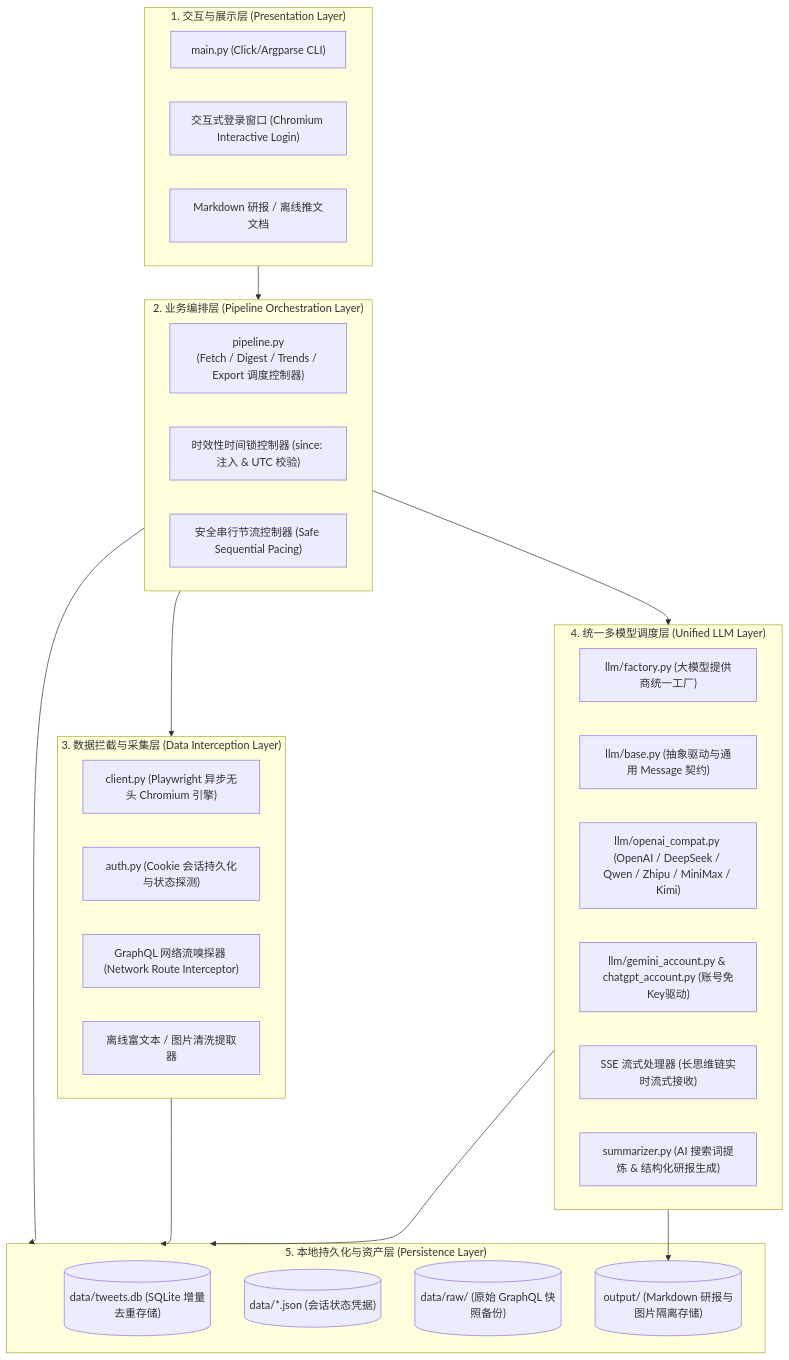
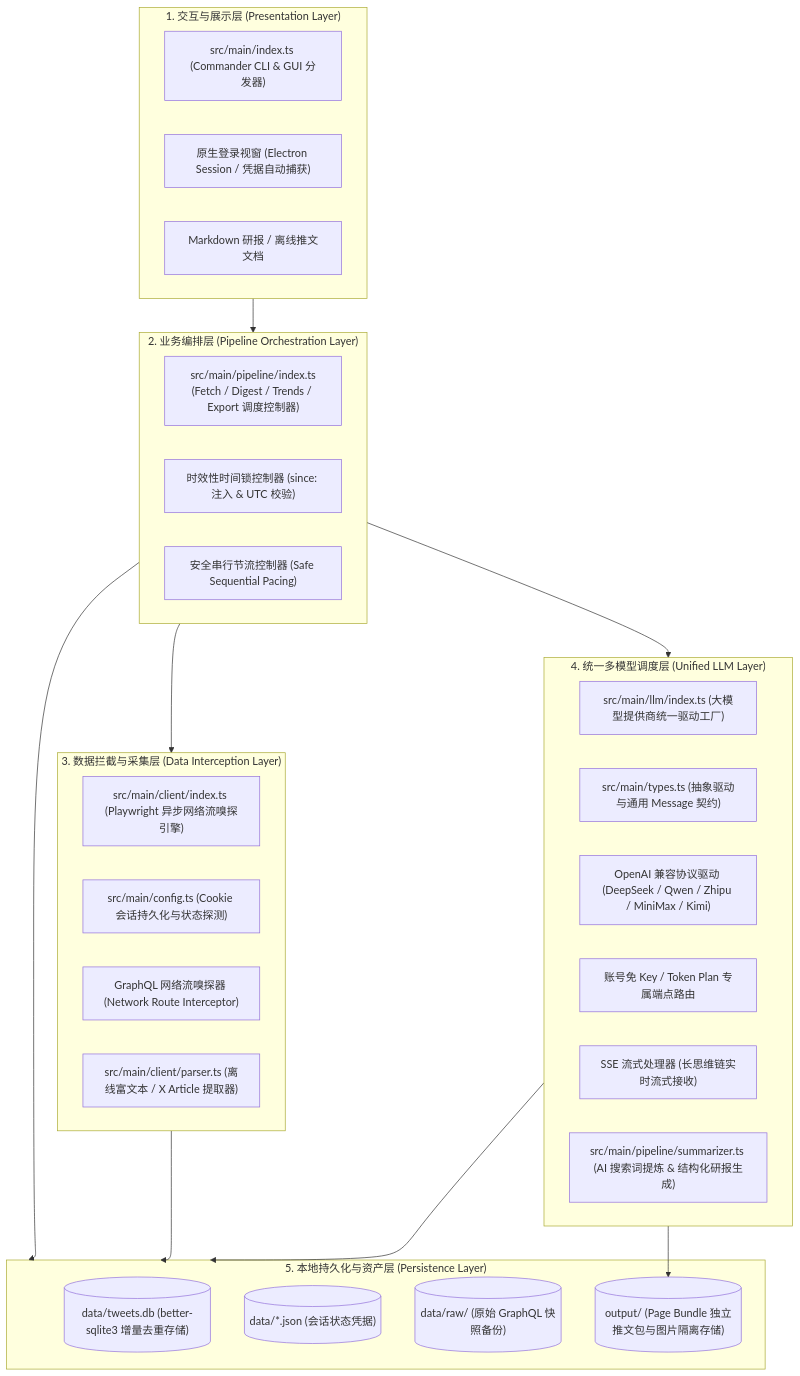
The first of 3 diagrams in docs/architecture.md (monkeychen/xtract), drawn with Mermaid before and after one commit. The commit also changed other lines of this file and 9 other files, not shown here.

Commit message:
docs: purge all python references and standardize documentation on typescript/node architecture

````diff
--- a/docs/architecture.md
+++ b/docs/architecture.md
@@ -33,45 +33,45 @@
 ```mermaid
 flowchart TD
     subgraph UI ["1. 交互与展示层 (Presentation Layer)"]
-        CLI["main.py (Click/Argparse CLI)"]
-        AUTH_UI["交互式登录窗口 (Chromium Interactive Login)"]
+        CLI["src/main/index.ts (Commander CLI & GUI 分发器)"]
+        AUTH_UI["原生登录视窗 (Electron Session / 凭据自动捕获)"]
         MD_VIEW["Markdown 研报 / 离线推文文档"]
     end
 
     subgraph ORCH ["2. 业务编排层 (Pipeline Orchestration Layer)"]
-        CORE_PIPE["pipeline.py\n(Fetch / Digest / Trends / Export 调度控制器)"]
+        CORE_PIPE["src/main/pipeline/index.ts\n(Fetch / Digest / Trends / Export 调度控制器)"]
         FRESH_LOCK["时效性时间锁控制器 (since: 注入 & UTC 校验)"]
         SERIAL_CTRL["安全串行节流控制器 (Safe Sequential Pacing)"]
     end
 
     subgraph CRAWL ["3. 数据拦截与采集层 (Data Interception Layer)"]
-        PLAYWRIGHT["client.py (Playwright 异步无头 Chromium 引擎)"]
-        AUTH_MGR["auth.py (Cookie 会话持久化与状态探测)"]
+        PLAYWRIGHT["src/main/client/index.ts (Playwright 异步网络流嗅探引擎)"]
+        AUTH_MGR["src/main/config.ts (Cookie 会话持久化与状态探测)"]
         ROUTE_FILTER["GraphQL 网络流嗅探器 (Network Route Interceptor)"]
-        HTML_PARSER["离线富文本 / 图片清洗提取器"]
+        HTML_PARSER["src/main/client/parser.ts (离线富文本 / X Article 提取器)"]
     end
 
     subgraph LLM ["4. 统一多模型调度层 (Unified LLM Layer)"]
-        FACTORY["llm/factory.py (大模型提供商统一工厂)"]
-        BASE_LLM["llm/base.py (抽象驱动与通用 Message 契约)"]
-        OAI_COMPAT["llm/openai_compat.py (OpenAI / DeepSeek / Qwen / Zhipu / MiniMax / Kimi)"]
-        ACC_DRV["llm/gemini_account.py & chatgpt_account.py (账号免Key驱动)"]
+        FACTORY["src/main/llm/index.ts (大模型提供商统一驱动工厂)"]
+        BASE_LLM["src/main/types.ts (抽象驱动与通用 Message 契约)"]
+        OAI_COMPAT["OpenAI 兼容协议驱动 (DeepSeek / Qwen / Zhipu / MiniMax / Kimi)"]
+        ACC_DRV["账号免 Key / Token Plan 专属端点路由"]
         SSE_STREAM["SSE 流式处理器 (长思维链实时流式接收)"]
-        SUMMARIZER["summarizer.py (AI 搜索词提炼 & 结构化研报生成)"]
+        SUMMARIZER["src/main/pipeline/summarizer.ts (AI 搜索词提炼 & 结构化研报生成)"]
     end
 
     subgraph STORAGE ["5. 本地持久化与资产层 (Persistence Layer)"]
-        SQLITE[("data/tweets.db (SQLite 增量去重存储)")]
+        SQLITE[("data/tweets.db (better-sqlite3 增量去重存储)")]
         AUTH_FILES[("data/*.json (会话状态凭据)")]
         RAW_BACKUP[("data/raw/ (原始 GraphQL 快照备份)")]
-        OUTPUT_ASSETS[("output/ (Markdown 研报与图片隔离存储)")]
+        OUTPUT_ASSETS[("output/ (Page Bundle 独立推文包与图片隔离存储)")]
     end
 
     UI --> ORCH
     ORCH --> CRAWL
     ORCH --> STORAGE
     ORCH --> LLM
     CRAWL --> STORAGE
     LLM --> STORAGE
     LLM --> OUTPUT_ASSETS
 ```
````
